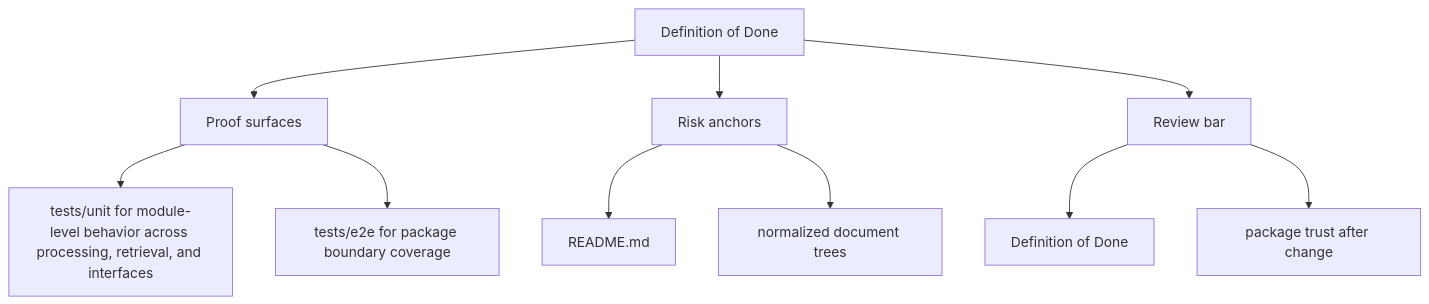
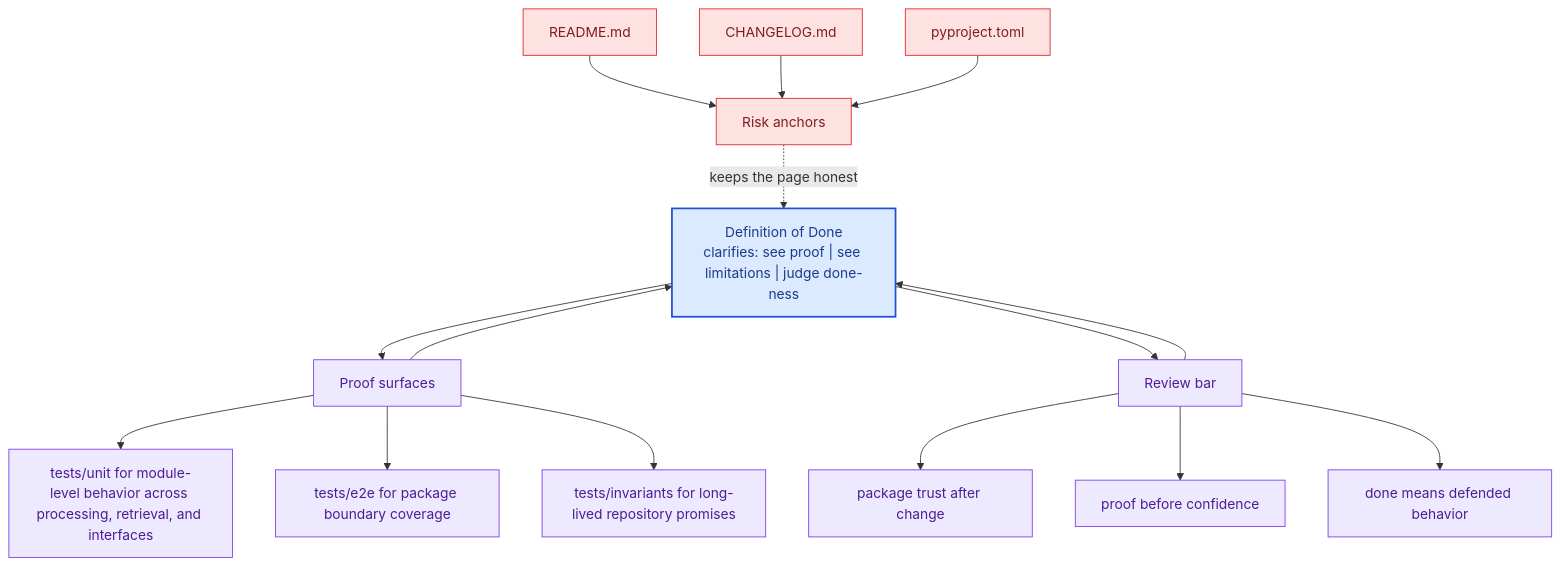
The second of 2 diagrams in docs/bijux-canon-ingest/quality/definition-of-done.md (bijux/bijux-canon), drawn with Mermaid before and after one commit. The commit also changed other lines of this file and 281 other files, not shown here.

Commit message:
docs(diagrams): deepen handbook mermaid maps across the catalog

````diff
--- a/docs/bijux-canon-ingest/quality/definition-of-done.md
+++ b/docs/bijux-canon-ingest/quality/definition-of-done.md
@@ -34,22 +67,41 @@
 ```mermaid
-flowchart TD
-    page["Definition of Done"]
+flowchart TB
+    promise["Definition of Done<br/>clarifies: see proof | see limitations | judge done-ness"]
+    classDef promise fill:#dbeafe,stroke:#1d4ed8,color:#1e3a8a,stroke-width:2px;
+    classDef driver fill:#dcfce7,stroke:#16a34a,color:#14532d;
+    classDef constraint fill:#fee2e2,stroke:#dc2626,color:#7f1d1d;
+    classDef ground fill:#ede9fe,stroke:#7c3aed,color:#4c1d95;
     focus1["Proof surfaces"]
-    page --> focus1
+    focus1 --> promise
+    promise --> focus1
     focus1_1["tests/unit for module-level behavior across processing, retrieval, and interfaces"]
     focus1 --> focus1_1
     focus1_2["tests/e2e for package boundary coverage"]
     focus1 --> focus1_2
+    focus1_3["tests/invariants for long-lived repository promises"]
+    focus1 --> focus1_3
+    class focus1 ground;
+    class focus1_1,focus1_2,focus1_3 ground;
     focus2["Risk anchors"]
-    page --> focus2
+    focus2 -.keeps the page honest.-> promise
     focus2_1["README.md"]
-    focus2 --> focus2_1
-    focus2_2["normalized document trees"]
-    focus2 --> focus2_2
+    focus2_1 --> focus2
+    focus2_2["CHANGELOG.md"]
+    focus2_2 --> focus2
+    focus2_3["pyproject.toml"]
+    focus2_3 --> focus2
+    class focus2 constraint;
+    class focus2_1,focus2_2,focus2_3 constraint;
     focus3["Review bar"]
-    page --> focus3
-    focus3_1["Definition of Done"]
+    focus3 --> promise
+    promise --> focus3
+    focus3_1["package trust after change"]
     focus3 --> focus3_1
-    focus3_2["package trust after change"]
+    focus3_2["proof before confidence"]
     focus3 --> focus3_2
+    focus3_3["done means defended behavior"]
+    focus3 --> focus3_3
+    class focus3 ground;
+    class focus3_1,focus3_2,focus3_3 ground;
+    class promise promise;
 ```
````
